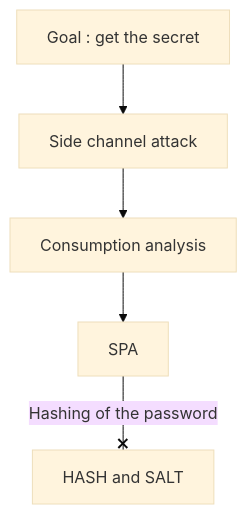
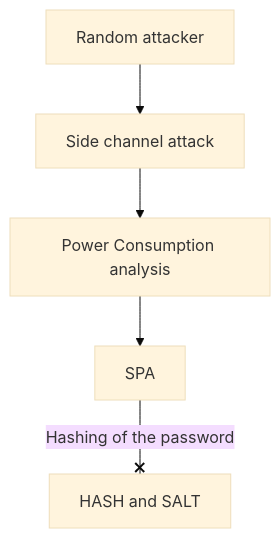
Before and after one commit to BaptisteGuilluy/School_project_arduino_vuln_write_up: the diagram in README.md, drawn with Mermaid (base theme). The commit also changed other lines of this file, not shown here.

````diff
--- a/README.md
+++ b/README.md
@@ -61,7 +122,7 @@
 ```mermaid
 graph TD
-    A["Goal : get the secret"] --> B[Side channel attack]
-    B --> C1[Consumption analysis]
+    A[Random attacker] --> B[Side channel attack]
+    B --> C1[Power Consumption analysis]
     C1 --> C1a[SPA]
     C1a --x|"Hashing of the password"| C1aa["HASH and SALT"]
 ```
````
